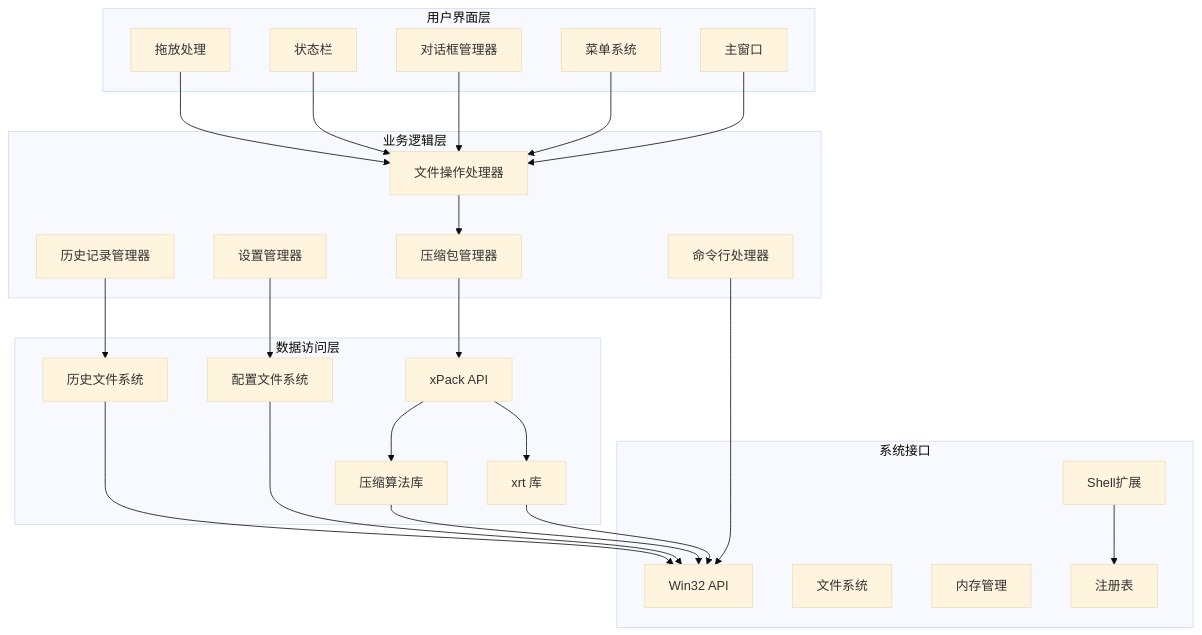
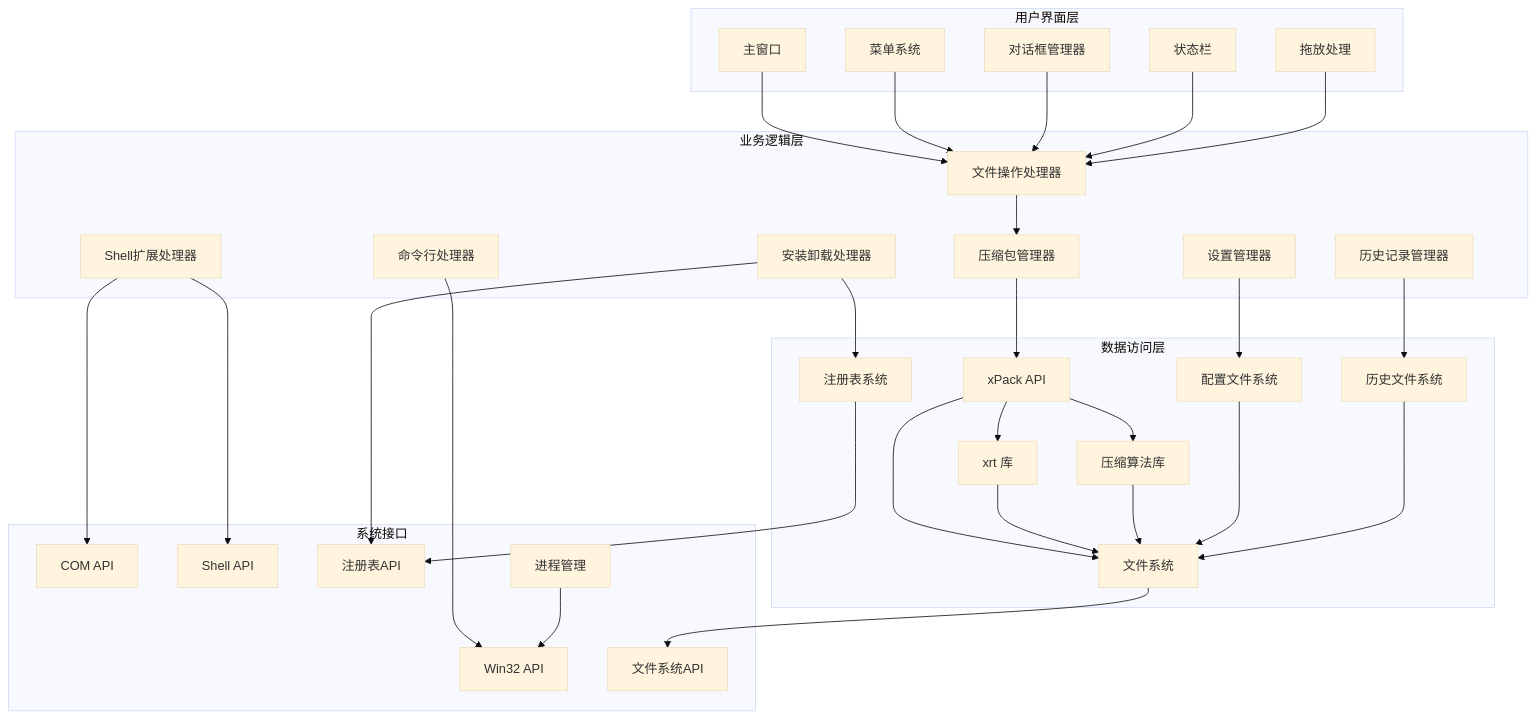
One commit to xywhsoft/xpack changed the second of 14 diagrams in .qoder/repowiki/zh/content/开发者指南/xpkgui 图形界面工具.md. Above: the diagram before and after it, drawn with Mermaid (base theme). The commit also changed other lines of this file and 6 other files, not shown here.

````diff
--- a/.qoder/repowiki/zh/content/开发者指南/xpkgui 图形界面工具.md
+++ b/.qoder/repowiki/zh/content/开发者指南/xpkgui 图形界面工具.md
@@ -151,48 +180,60 @@
 ```mermaid
 graph TB
 subgraph "用户界面层"
 A[主窗口]
 B[菜单系统]
 C[对话框管理器]
 D[状态栏]
 E[拖放处理]
 end
 subgraph "业务逻辑层"
 F[文件操作处理器]
 G[压缩包管理器]
 H[设置管理器]
 I[历史记录管理器]
 J[命令行处理器]
+K[Shell扩展处理器]
+L[安装卸载处理器]
 end
 subgraph "数据访问层"
-K[xPack API]
-L[xrt 库]
-M[压缩算法库]
-N[配置文件系统]
-O[历史文件系统]
+M[xPack API]
+N[xrt 库]
+O[压缩算法库]
+P[配置文件系统]
+Q[历史文件系统]
+R[注册表系统]
+S[文件系统]
 end
 subgraph "系统接口"
-P[Win32 API]
-Q[文件系统]
-R[内存管理]
-S[Shell扩展]
-T[注册表]
+T[Win32 API]
+U[COM API]
+V[Shell API]
+W[注册表API]
+X[文件系统API]
+Y[进程管理]
 end
 A --> F
 B --> F
 C --> F
 D --> F
 E --> F
 F --> G
-G --> K
-K --> L
-K --> M
-H --> N
-I --> O
-J --> P
-S --> T
-L --> P
-M --> P
-N --> P
-O --> P
+G --> M
+M --> N
+M --> O
+H --> P
+I --> Q
+J --> T
+K --> U
+K --> V
+L --> R
+L --> W
+M --> S
+N --> S
+O --> S
+P --> S
+Q --> S
+R --> W
+S --> X
+Y --> T
 ```
````
